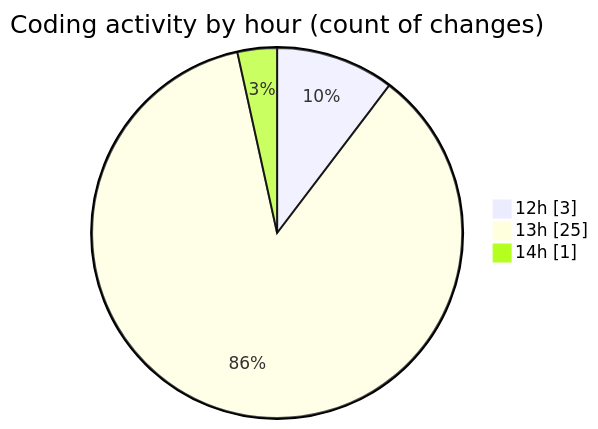
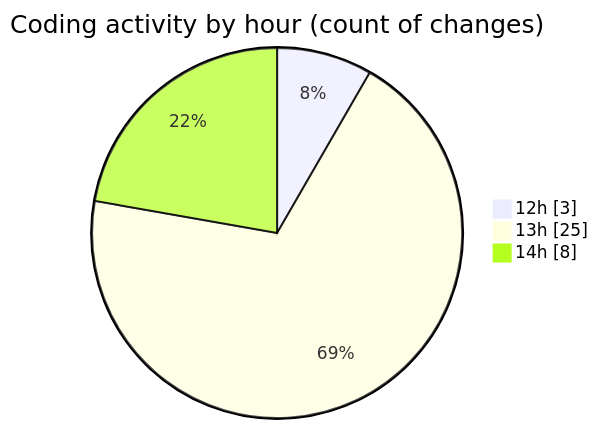
One commit to nxtqubesakshisongat/code-tracking changed the second of 2 diagrams in 2025-09-26/nxtqube_webapp/README.md. Above: the diagram before and after it, drawn with Mermaid. The commit also changed other lines of this file and 1 other file, not shown here.

````diff
--- a/2025-09-26/nxtqube_webapp/README.md
+++ b/2025-09-26/nxtqube_webapp/README.md
@@ -32,7 +32,7 @@
 ```mermaid
 pie showData
 title Coding activity by hour (count of changes)
 "12h" : 3
 "13h" : 25
-"14h" : 1
+"14h" : 8
 ```
````
